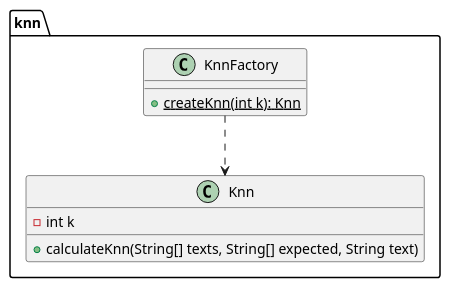
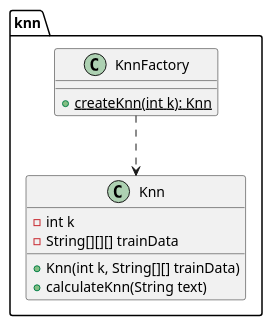
The seventh of 10 diagrams in README.md (kambed/Computer-Recognition-Systems), drawn with PlantUML before and after one commit. The commit also changed other lines of this file, not shown here.

````diff
--- a/README.md
+++ b/README.md
@@ -279,12 +309,14 @@
 ```plantuml
 package knn {
     class Knn {
         - int k
-        + calculateKnn(String[] texts, String[] expected, String text)
+        - String[][][] trainData
+        + Knn(int k, String[][] trainData)
+        + calculateKnn(String text)
     }
     class KnnFactory {
         + {static} createKnn(int k): Knn
     }
    KnnFactory ..> Knn
 }
 ```
````
